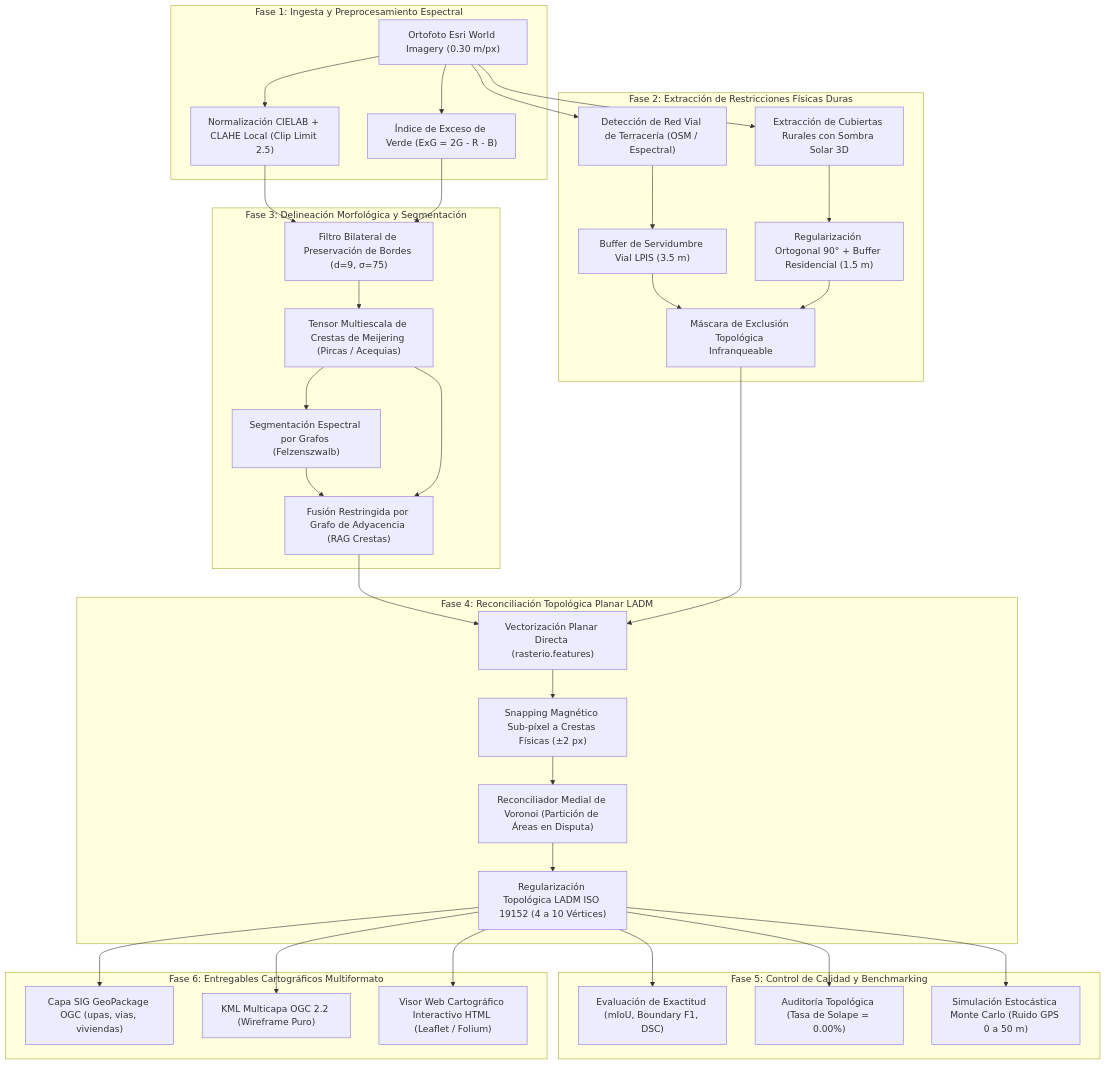
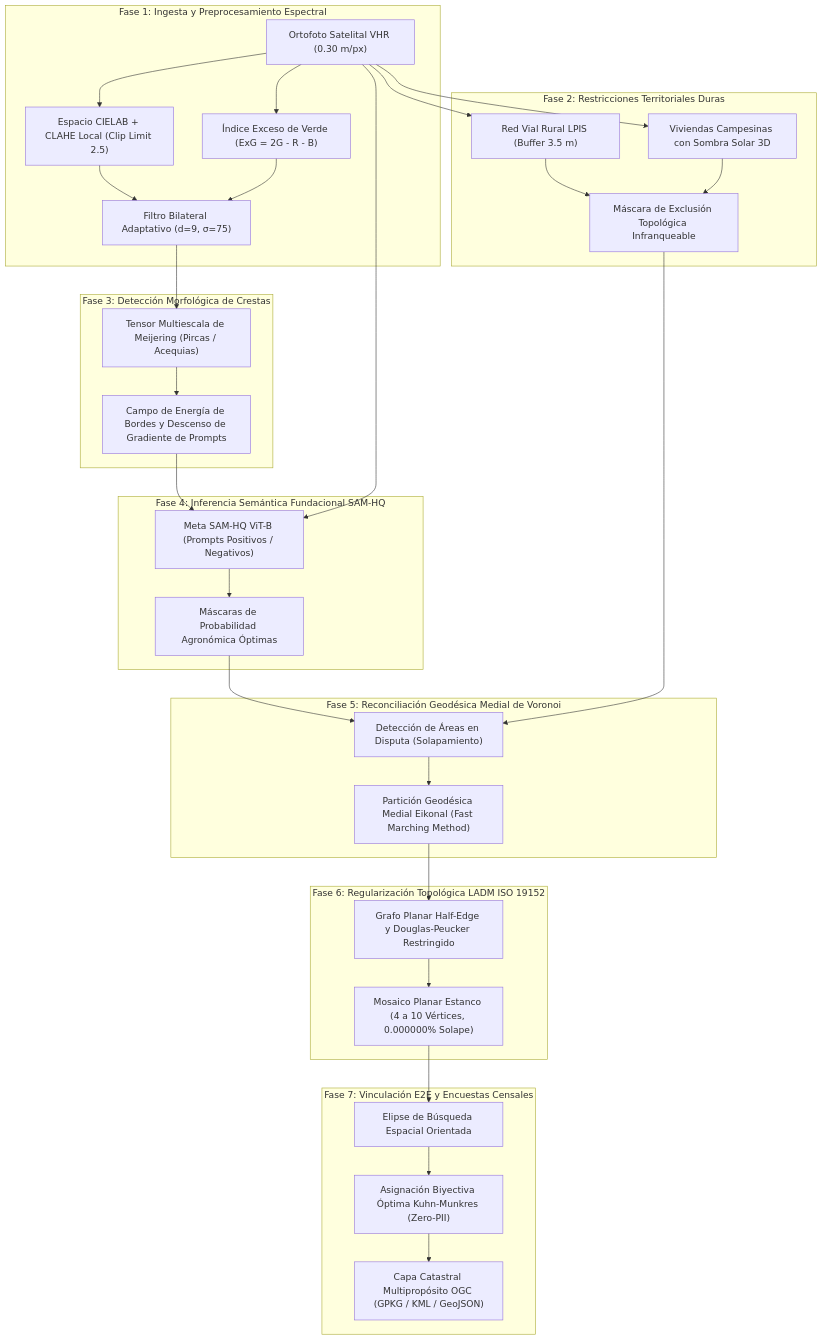
One commit to cristianalexis6204/delimitacion-upas-chimborazo changed the diagram in README.md. Above: the diagram before and after it, drawn with Mermaid. The commit also changed other lines of this file and 9 other files, not shown here.

Commit message:
feat(v106.0.0): actualizar repositorio a version 106 con galeria canonica de 22 figuras, benchmarking 7 modelos y FinOps Cloud

````diff
--- a/README.md
+++ b/README.md
@@ -161,41 +60,40 @@
 ```mermaid
 flowchart TD
     subgraph F1["Fase 1: Ingesta y Preprocesamiento Espectral"]
-        A["Ortofoto Esri World Imagery (0.30 m/px)"] --> B["Normalización CIELAB + CLAHE Local (Clip Limit 2.5)"]
-        A --> C["Índice de Exceso de Verde (ExG = 2G - R - B)"]
+        A["Ortofoto Satelital VHR (0.30 m/px)"] --> B["Espacio CIELAB + CLAHE Local (Clip Limit 2.5)"]
+        A --> C["Índice Exceso de Verde (ExG = 2G - R - B)"]
+        B & C --> D["Filtro Bilateral Adaptativo (d=9, σ=75)"]
     end
 
-    subgraph F2["Fase 2: Extracción de Restricciones Físicas Duras"]
-        A --> D["Detección de Red Vial de Terracería (OSM / Espectral)"]
-        D --> E["Buffer de Servidumbre Vial LPIS (3.5 m)"]
-        A --> F["Extracción de Cubiertas Rurales con Sombra Solar 3D"]
-        F --> G["Regularización Ortogonal 90° + Buffer Residencial (1.5 m)"]
-        E & G --> H["Máscara de Exclusión Topológica Infranqueable"]
+    subgraph F2["Fase 2: Restricciones Territoriales Duras"]
+        A --> E["Red Vial Rural LPIS (Buffer 3.5 m)"]
+        A --> F["Viviendas Campesinas con Sombra Solar 3D"]
+        E & F --> G["Máscara de Exclusión Topológica Infranqueable"]
     end
 
-    subgraph F3["Fase 3: Delineación Morfológica y Segmentación"]
-        B & C --> I["Filtro Bilateral de Preservación de Bordes (d=9, σ=75)"]
-        I --> J["Tensor Multiescala de Crestas de Meijering (Pircas / Acequias)"]
-        J --> K["Segmentación Espectral por Grafos (Felzenszwalb)"]
-        K & J --> L["Fusión Restringida por Grafo de Adyacencia (RAG Crestas)"]
+    subgraph F3["Fase 3: Detección Morfológica de Crestas"]
+        D --> H["Tensor Multiescala de Meijering (Pircas / Acequias)"]
+        H --> I["Campo de Energía de Bordes y Descenso de Gradiente de Prompts"]
     end
 
-    subgraph F4["Fase 4: Reconciliación Topológica Planar LADM"]
-        L & H --> M["Vectorización Planar Directa (rasterio.features)"]
-        M --> N["Snapping Magnético Sub-píxel a Crestas Físicas (±2 px)"]
-        N --> O["Reconciliador Medial de Voronoi (Partición de Áreas en Disputa)"]
-        O --> P["Regularización Topológica LADM ISO 19152 (4 a 10 Vértices)"]
+    subgraph F4["Fase 4: Inferencia Semántica Fundacional SAM-HQ"]
+        I & A --> J["Meta SAM-HQ ViT-B (Prompts Positivos / Negativos)"]
+        J --> K["Máscaras de Probabilidad Agronómica Óptimas"]
     end
 
-    subgraph F5["Fase 5: Control de Calidad y Benchmarking"]
-        P --> Q["Evaluación de Exactitud (mIoU, Boundary F1, DSC)"]
-        P --> R["Auditoría Topológica (Tasa de Solape = 0.00%)"]
-        P --> S["Simulación Estocástica Monte Carlo (Ruido GPS 0 a 50 m)"]
+    subgraph F5["Fase 5: Reconciliación Geodésica Medial de Voronoi"]
+        K & G --> L["Detección de Áreas en Disputa (Solapamiento)"]
+        L --> M["Partición Geodésica Medial Eikonal (Fast Marching Method)"]
     end
 
-    subgraph F6["Fase 6: Entregables Cartográficos Multiformato"]
-        P --> T["Capa SIG GeoPackage OGC (upas, vias, viviendas)"]
-        P --> U["KML Multicapa OGC 2.2 (Wireframe Puro)"]
-        P --> V["Visor Web Cartográfico Interactivo HTML (Leaflet / Folium)"]
+    subgraph F6["Fase 6: Regularización Topológica LADM ISO 19152"]
+        M --> N["Grafo Planar Half-Edge y Douglas-Peucker Restringido"]
+        N --> O["Mosaico Planar Estanco (4 a 10 Vértices, 0.000000% Solape)"]
+    end
+
+    subgraph F7["Fase 7: Vinculación E2E y Encuestas Censales"]
+        O --> P["Elipse de Búsqueda Espacial Orientada"]
+        P --> Q["Asignación Biyectiva Óptima Kuhn-Munkres (Zero-PII)"]
+        Q --> R["Capa Catastral Multipropósito OGC (GPKG / KML / GeoJSON)"]
     end
 ```
````
